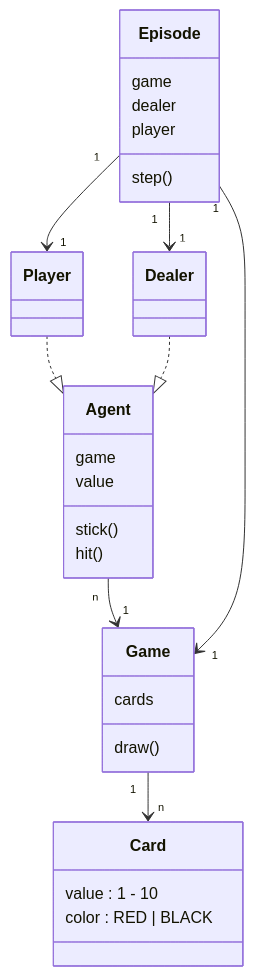
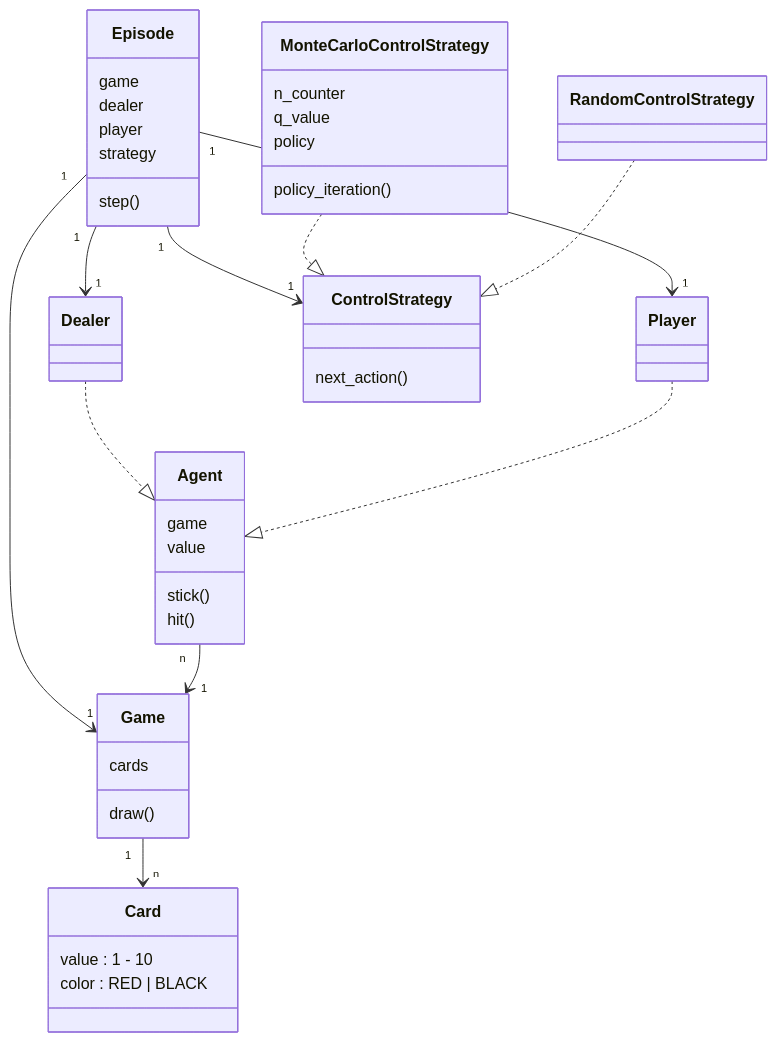
The diagram in README.md (ly232/easy21), drawn with Mermaid before and after one commit. The commit also changed 4 other files, not shown here.

````diff
--- a/README.md
+++ b/README.md
@@ -7,40 +7,57 @@
 ```mermaid
 classDiagram
     class Game {
         cards
         draw()
     }
 
     class Card {
         value : 1 - 10
         color : RED | BLACK
     }
 
     Game "1" --> "n" Card
 
     class Agent {
         game
         value
         stick()
         hit()
     }
 
     Agent "n" --> "1" Game
 
     class Player
     class Dealer
 
     Player ..|> Agent
     Dealer ..|> Agent
 
     class Episode {
         game
         dealer
         player
+        strategy
         step()
     }
     
     Episode "1" --> "1" Game
     Episode "1" --> "1" Player
     Episode "1" --> "1" Dealer
+
+    class ControlStrategy {
+        next_action()
+    }
+
+    clsas RandomControlStrategy
+    class MonteCarloControlStrategy {
+        n_counter
+        q_value
+        policy
+        policy_iteration()
+    }
+
+    RandomControlStrategy ..|> ControlStrategy
+    MonteCarloControlStrategy ..|> ControlStrategy
+    Episode "1" --> "1" ControlStrategy
 ```
````
